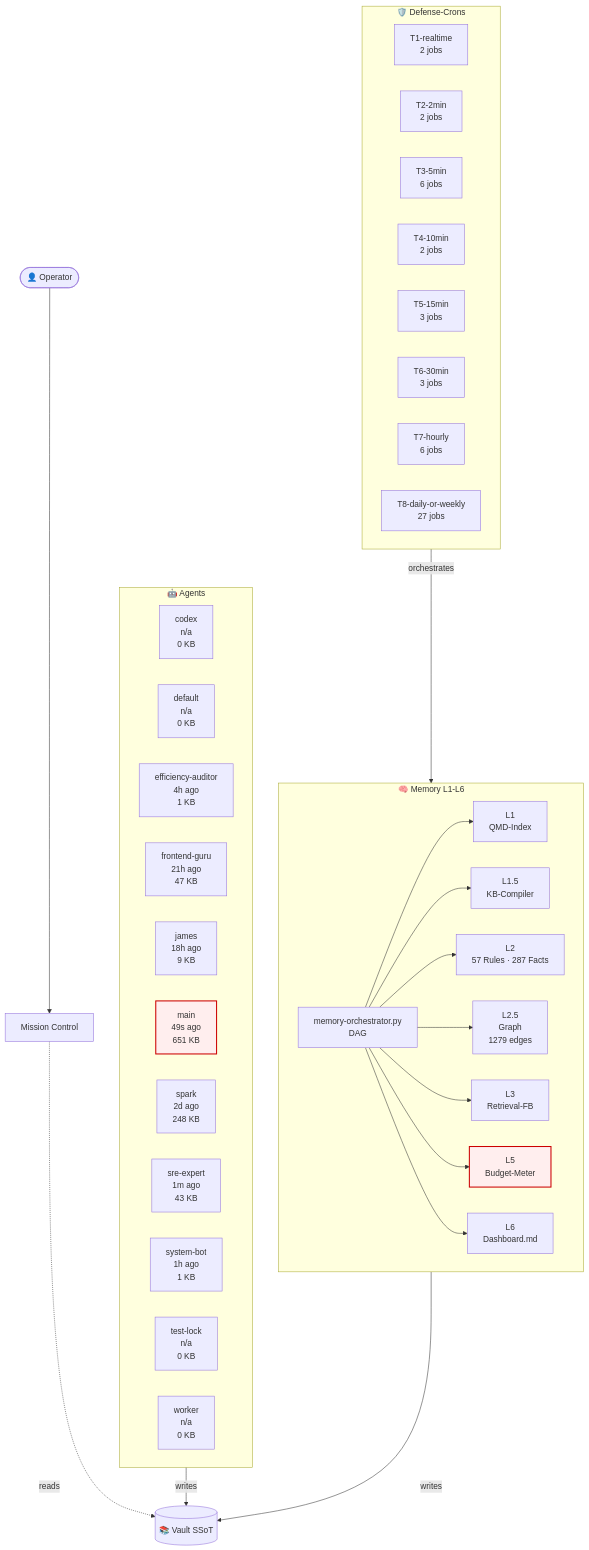
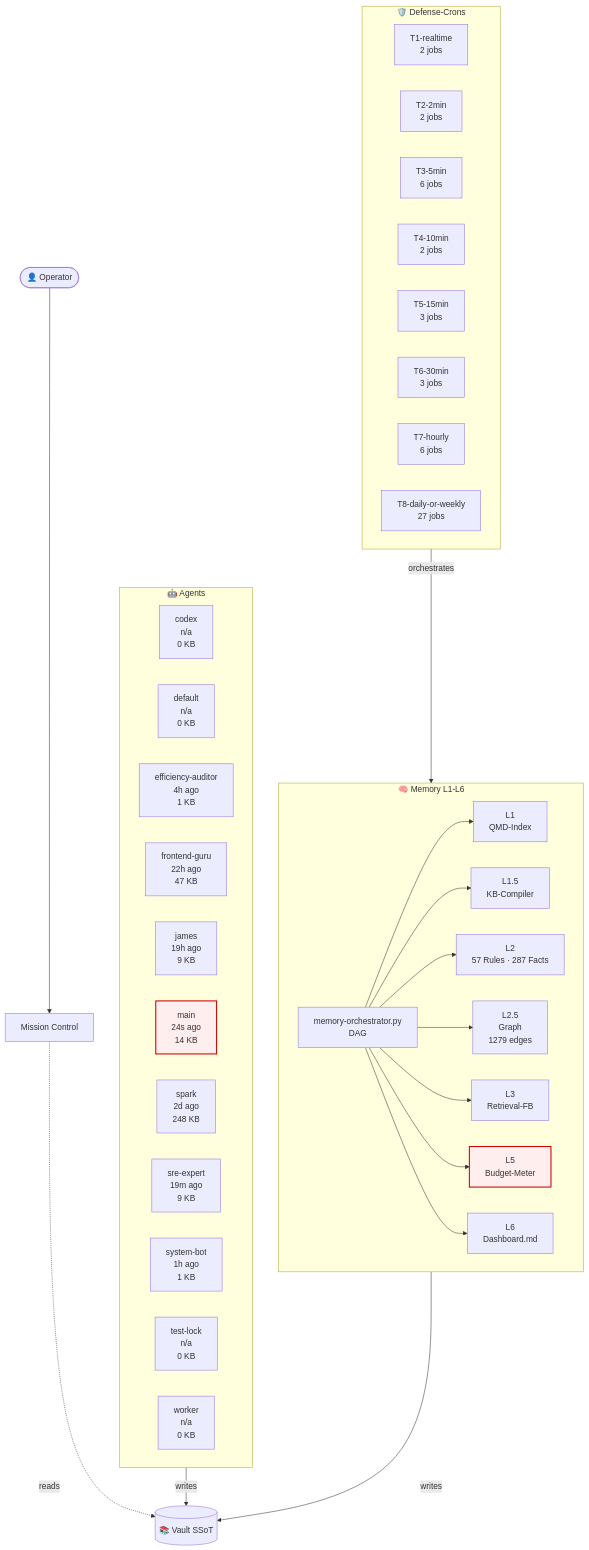
The diagram in 03-Agents/architecture-live.md (lenardhuebner88-rgb/openclaw-memory), drawn with Mermaid before and after one commit. The commit also changed other lines of this file and 2 other files, not shown here.

````diff
--- a/03-Agents/architecture-live.md
+++ b/03-Agents/architecture-live.md
@@ -18,54 +18,54 @@
 ```mermaid
 flowchart TB
     classDef critical fill:#fee,stroke:#c00,stroke-width:2px;
     subgraph AGT["🤖 Agents"]
         agent_codex["codex<br/>n/a<br/>0 KB"]
         agent_default["default<br/>n/a<br/>0 KB"]
         agent_efficiency_auditor["efficiency-auditor<br/>4h ago<br/>1 KB"]
-        agent_frontend_guru["frontend-guru<br/>21h ago<br/>47 KB"]
-        agent_james["james<br/>18h ago<br/>9 KB"]
-        agent_main["main<br/>49s ago<br/>651 KB"]
+        agent_frontend_guru["frontend-guru<br/>22h ago<br/>47 KB"]
+        agent_james["james<br/>19h ago<br/>9 KB"]
+        agent_main["main<br/>24s ago<br/>14 KB"]
         agent_spark["spark<br/>2d ago<br/>248 KB"]
-        agent_sre_expert["sre-expert<br/>1m ago<br/>43 KB"]
+        agent_sre_expert["sre-expert<br/>19m ago<br/>9 KB"]
         agent_system_bot["system-bot<br/>1h ago<br/>1 KB"]
         agent_test_lock["test-lock<br/>n/a<br/>0 KB"]
         agent_worker["worker<br/>n/a<br/>0 KB"]
     end
     subgraph MEM["🧠 Memory L1-L6"]
         L1["L1<br/>QMD-Index"]
         L15["L1.5<br/>KB-Compiler"]
         L2["L2<br/>57 Rules · 287 Facts"]
         L25["L2.5<br/>Graph<br/>1279 edges"]
         L3["L3<br/>Retrieval-FB"]
         L5["L5<br/>Budget-Meter"]
         L6["L6<br/>Dashboard.md"]
         ORCH["memory-orchestrator.py<br/>DAG"]
     end
     subgraph CRN["🛡️ Defense-Crons"]
         tier_T1_realtime["T1-realtime<br/>2 jobs"]
         tier_T2_2min["T2-2min<br/>2 jobs"]
         tier_T3_5min["T3-5min<br/>6 jobs"]
         tier_T4_10min["T4-10min<br/>2 jobs"]
         tier_T5_15min["T5-15min<br/>3 jobs"]
         tier_T6_30min["T6-30min<br/>3 jobs"]
         tier_T7_hourly["T7-hourly<br/>6 jobs"]
         tier_T8_daily_or_weekly["T8-daily-or-weekly<br/>27 jobs"]
     end
     VAULT[("📚 Vault SSoT")]
     OP([👤 Operator])
     MC["Mission Control"]
     OP --> MC
     MC -.reads.-> VAULT
     AGT -->|writes| VAULT
     MEM -->|writes| VAULT
     ORCH --> L1
     ORCH --> L15
     ORCH --> L2
     ORCH --> L25
     ORCH --> L3
     ORCH --> L5
     ORCH --> L6
     CRN -->|orchestrates| MEM
     class L5 critical
     class agent_main critical
 ```
````
